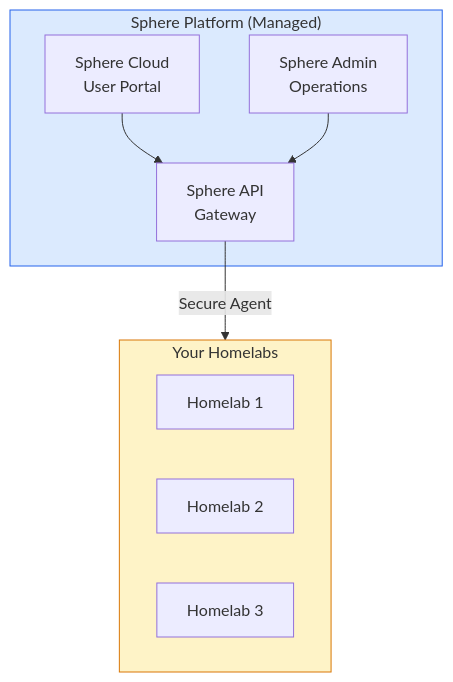
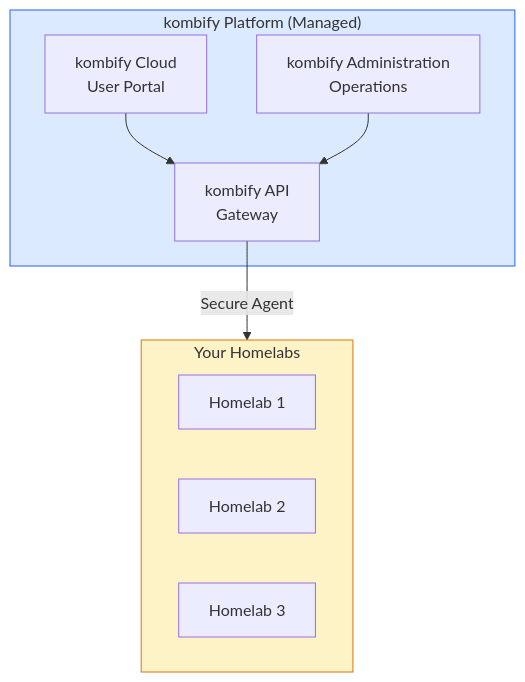
One commit to KombiverseLabs/docs changed the fourth of 8 diagrams in ecosystem.mdx. Above: the diagram before and after it, drawn with Mermaid. The commit also changed other lines of this file and 31 other files, not shown here.

````diff
--- a/ecosystem.mdx
+++ b/ecosystem.mdx
@@ -140,21 +140,21 @@
 ```mermaid
 graph TB
-    subgraph SaaS["Sphere Platform (Managed)"]
-        Cloud["Sphere Cloud<br/>User Portal"]
-        Admin["Sphere Admin<br/>Operations"]
-        API["Sphere API<br/>Gateway"]
+    subgraph SaaS["kombify Platform (Managed)"]
+        Cloud["kombify Cloud<br/>User Portal"]
+        Admin["kombify Administration<br/>Operations"]
+        API["kombify API<br/>Gateway"]
     end
     
     subgraph Core["Your Homelabs"]
         HL1["Homelab 1"]
         HL2["Homelab 2"]
         HL3["Homelab 3"]
     end
     
     Cloud --> API
     Admin --> API
     API -->|Secure Agent| Core
     
     style SaaS fill:#dbeafe,stroke:#2563eb
     style Core fill:#fef3c7,stroke:#d97706
 ```
````
